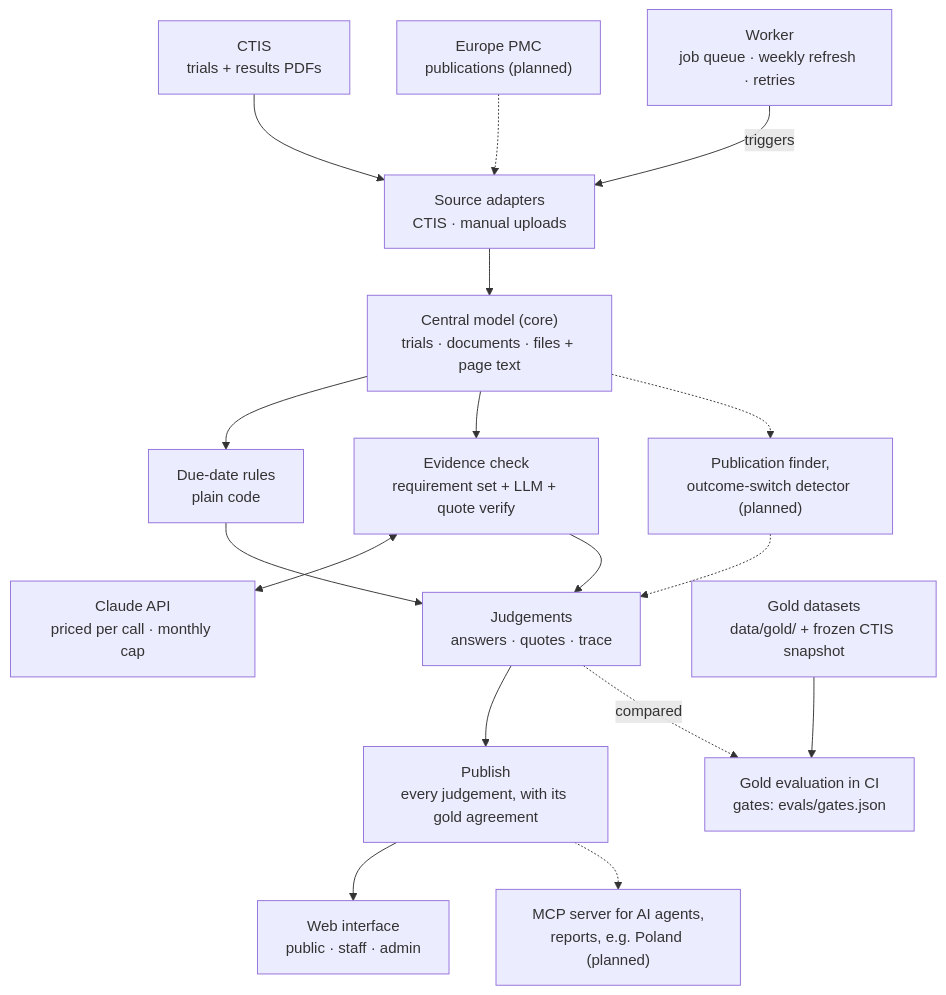
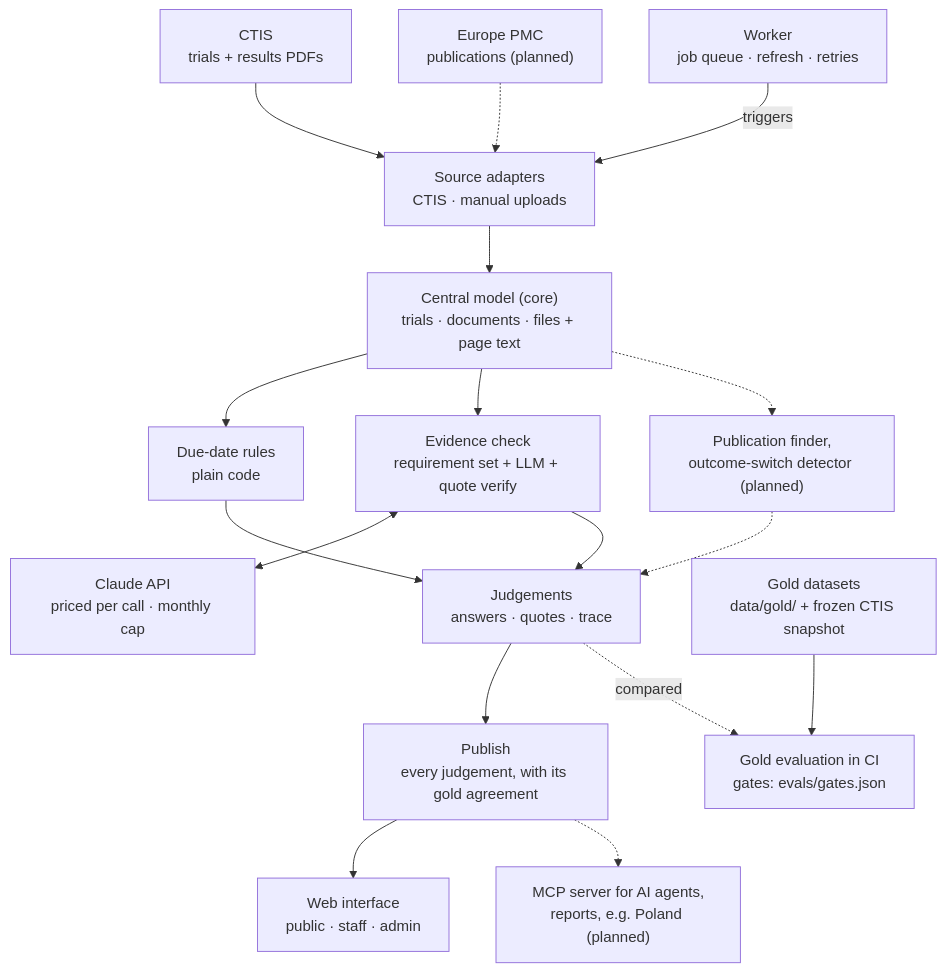
The first of 3 diagrams in docs/checks.md (shmarlya/trialwatch), drawn with Mermaid before and after one commit. The commit also changed other lines of this file and 19 other files, not shown here.

First line of the commit message:
refactor: phase 6, one job registry and a single refresh

````diff
--- a/docs/checks.md
+++ b/docs/checks.md
@@ -10,19 +10,19 @@
 ```mermaid
 flowchart TB
     ctis["CTIS<br>trials + results PDFs"] --> adapters["Source adapters<br>CTIS · manual uploads"]
     epmc["Europe PMC<br>publications (planned)"] -.-> adapters
-    worker["Worker<br>job queue · weekly refresh · retries"] -- "triggers" --> adapters
+    worker["Worker<br>job queue · refresh · retries"] -- "triggers" --> adapters
     adapters --> core["Central model (core)<br>trials · documents · files + page text"]
     core --> due["Due-date rules<br>plain code"]
     core --> evidence["Evidence check<br>requirement set + LLM + quote verify"]
     core -.-> finder["Publication finder,<br>outcome-switch detector (planned)"]
     evidence <--> claude["Claude API<br>priced per call · monthly cap"]
     due --> judgements["Judgements<br>answers · quotes · trace"]
     evidence --> judgements
     finder -.-> judgements
     judgements --> publish["Publish<br>every judgement, with its gold agreement"]
     publish --> web["Web interface<br>public · staff · admin"]
     publish -.-> planned["MCP server for AI agents,<br>reports, e.g. Poland (planned)"]
     gold["Gold datasets<br>data/gold/ + frozen CTIS snapshot"] --> gold_eval["Gold evaluation in CI<br>gates: evals/gates.json"]
     judgements -. "compared" .-> gold_eval
 ```
````
